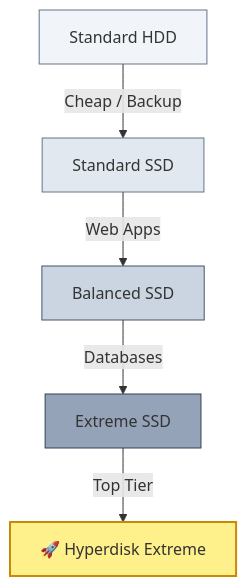
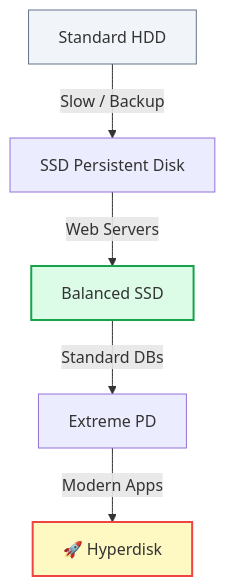
The first of 2 diagrams in curriculum/content/section_5_storage_basics.md (jyothivempa/gcp-study-plan), drawn with Mermaid before and after one commit. The commit also changed other lines of this file and 72 other files, not shown here.

````diff
--- a/curriculum/content/section_5_storage_basics.md
+++ b/curriculum/content/section_5_storage_basics.md
@@ -20,13 +36,11 @@
 ```mermaid
 graph TD
-    Level1[Standard HDD] -- "Cheap / Backup" --> Level2[Standard SSD]
-    Level2 -- "Web Apps" --> Level3[Balanced SSD]
-    Level3 -- "Databases" --> Level4[Extreme SSD]
-    Level4 -- "Top Tier" --> Level5[🚀 Hyperdisk Extreme]
+    H[Standard HDD] -- "Slow / Backup" --> S[SSD Persistent Disk]
+    S -- "Web Servers" --> B[Balanced SSD]
+    B -- "Standard DBs" --> E[Extreme PD]
+    E -- "Modern Apps" --> HY[🚀 Hyperdisk]
 
-    style Level1 fill:#f1f5f9,stroke:#64748b
-    style Level2 fill:#e2e8f0,stroke:#64748b
-    style Level3 fill:#cbd5e1,stroke:#475569
-    style Level4 fill:#94a3b8,stroke:#334155
-    style Level5 fill:#fef08a,stroke:#ca8a04,stroke-width:2px
+    style H fill:#f1f5f9,stroke:#64748b
+    style B fill:#dcfce7,stroke:#16a34a,stroke-width:2px
+    style HY fill:#fef9c3,stroke:#ef4444,stroke-width:2px
 ```
````
